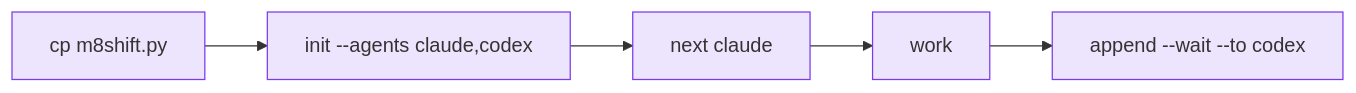
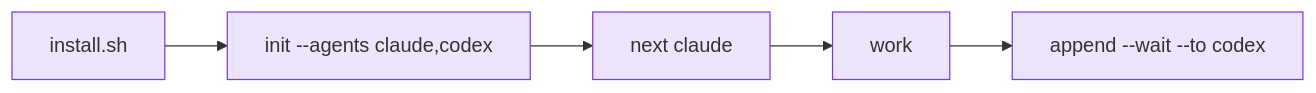
One commit to M8Shift/m8shift.github.io changed the diagram in docs/guide/quickstart.md. Above: the diagram before and after it, drawn with Mermaid. The commit also changed other lines of this file and 4 other files, not shown here.

````diff
--- a/docs/guide/quickstart.md
+++ b/docs/guide/quickstart.md
@@ -19,9 +19,9 @@
 ```mermaid
 flowchart LR
-    A["cp m8shift.py"] --> B["init --agents claude,codex"]
+    A["install.sh"] --> B["init --agents claude,codex"]
     B --> C["next claude"]
     C --> D["work"]
     D --> E["append --wait --to codex"]
     classDef agent fill:#7c3aed22,stroke:#7c3aed;
     class A,B,C,D,E agent;
 ```
````
